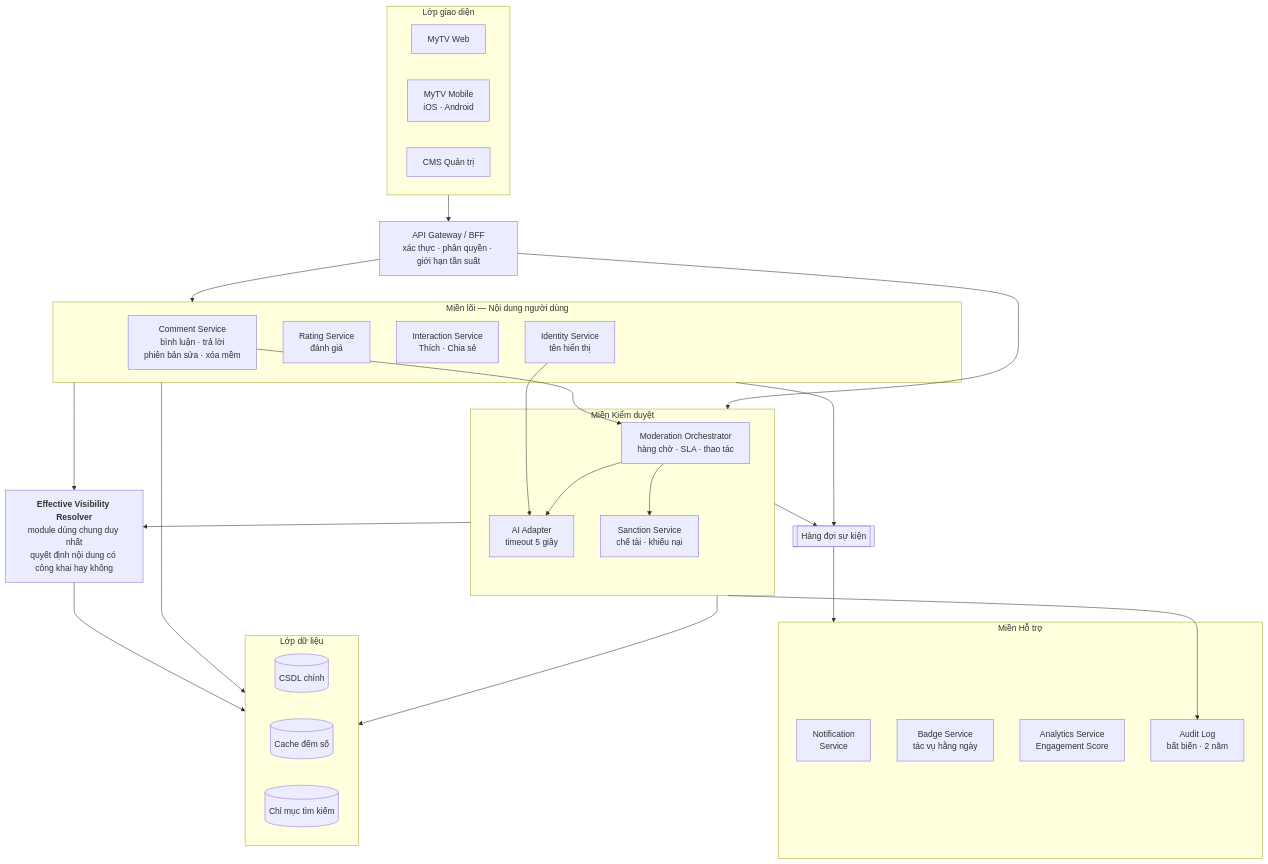
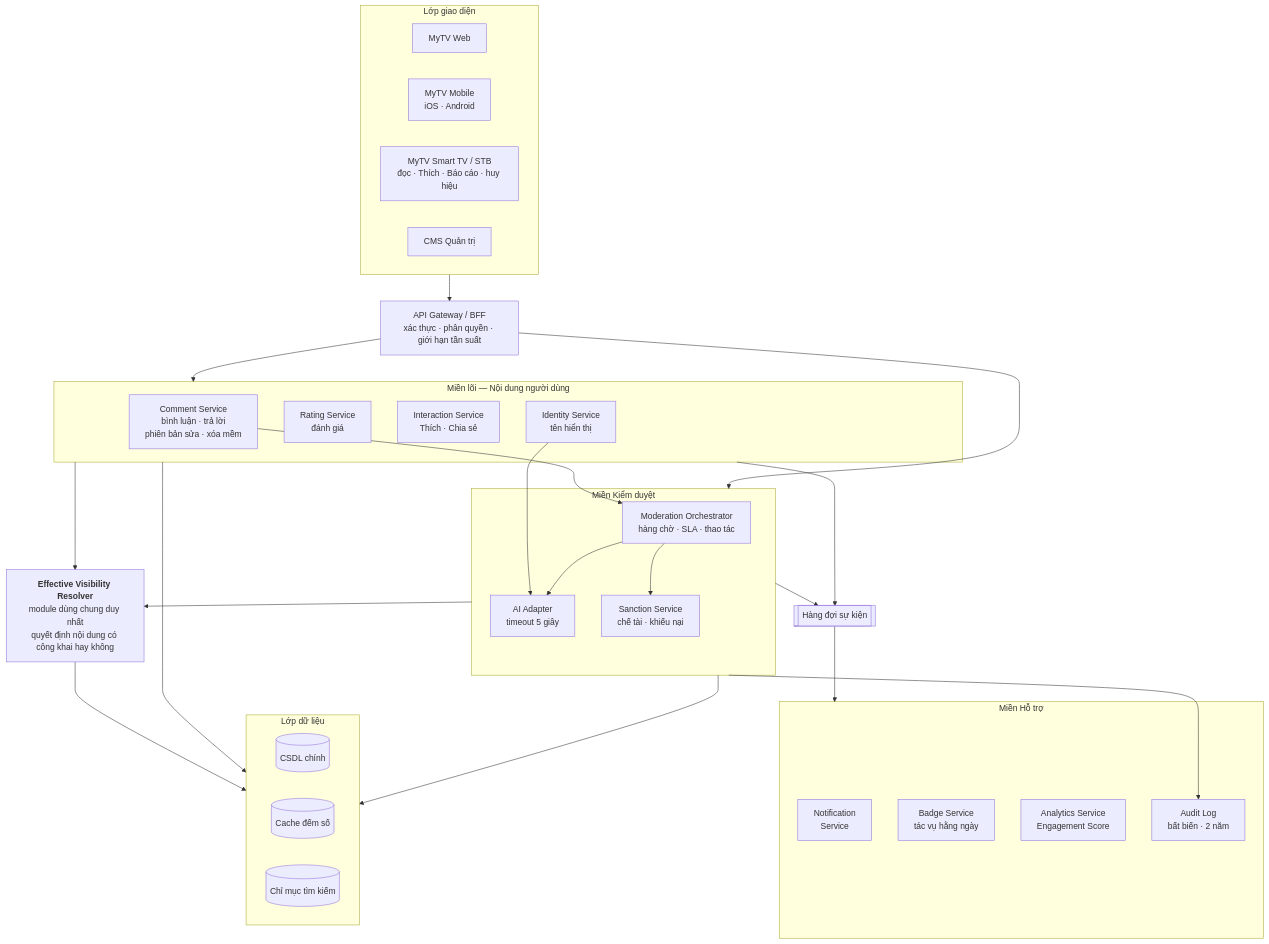
One commit to tannguyenho/MyTV-Comment changed the second of 6 diagrams in SOLUTION_ARCHITECTURE.md. Above: the diagram before and after it, drawn with Mermaid. The commit also changed other lines of this file and 30 other files, not shown here.

````diff
--- a/SOLUTION_ARCHITECTURE.md
+++ b/SOLUTION_ARCHITECTURE.md
@@ -118,57 +119,58 @@
 ```mermaid
 flowchart TB
     subgraph client["Lớp giao diện"]
         web["MyTV Web"]
         mob["MyTV Mobile<br/>iOS · Android"]
+        tv["MyTV Smart TV / STB<br/>đọc · Thích · Báo cáo · huy hiệu"]
         cmsui["CMS Quản trị"]
     end
 
     gw["API Gateway / BFF<br/>xác thực · phân quyền · giới hạn tần suất"]
 
     subgraph core["Miền lõi — Nội dung người dùng"]
         csvc["Comment Service<br/>bình luận · trả lời<br/>phiên bản sửa · xóa mềm"]
         rsvc["Rating Service<br/>đánh giá"]
         isvc["Interaction Service<br/>Thích · Chia sẻ"]
         idsvc["Identity Service<br/>tên hiển thị"]
     end
 
     vis["<b>Effective Visibility Resolver</b><br/>module dùng chung duy nhất<br/>quyết định nội dung có công khai hay không"]
 
     subgraph modz["Miền Kiểm duyệt"]
         msvc["Moderation Orchestrator<br/>hàng chờ · SLA · thao tác"]
         aiad["AI Adapter<br/>timeout 5 giây"]
         sanc["Sanction Service<br/>chế tài · khiếu nại"]
     end
 
     queue[["Hàng đợi sự kiện"]]
 
     subgraph supp["Miền Hỗ trợ"]
         nsvc["Notification<br/>Service"]
         bsvc["Badge Service<br/>tác vụ hằng ngày"]
         asvc["Analytics Service<br/>Engagement Score"]
         audit["Audit Log<br/>bất biến · 2 năm"]
     end
 
     subgraph data["Lớp dữ liệu"]
         db[("CSDL chính")]
         cache[("Cache đếm số")]
         search[("Chỉ mục tìm kiếm")]
     end
 
     client --> gw
     gw --> core
     gw --> modz
     core --> vis
     modz --> vis
     csvc --> msvc
     idsvc --> aiad
     msvc --> aiad
     msvc --> sanc
     modz --> audit
     core --> queue
     modz --> queue
     queue --> supp
     vis --> data
     core --> data
     modz --> data
 ```
````
